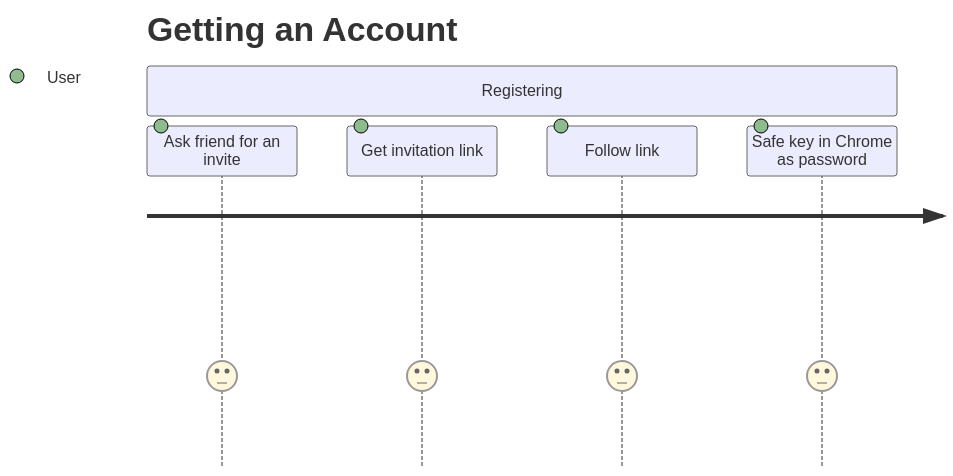
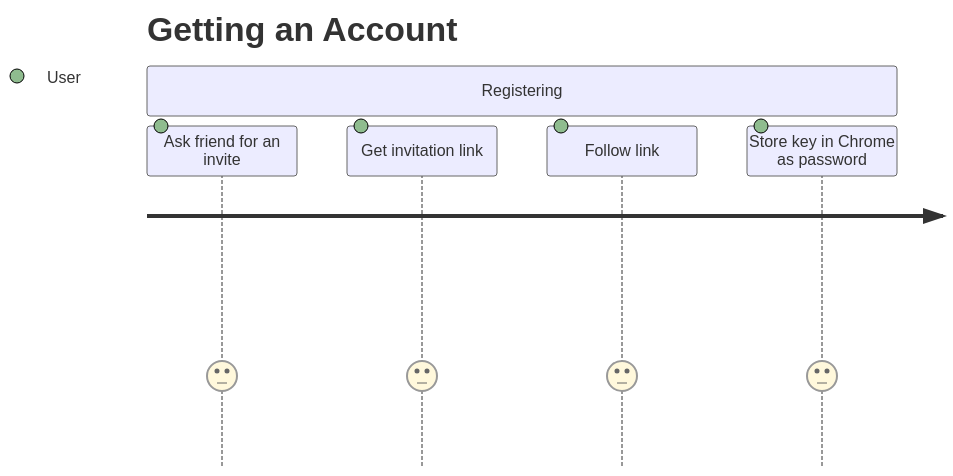
One commit to TetraPlex-org/central changed the first of 5 diagrams in Documentation/technical/authentication.md. Above: the diagram before and after it, drawn with Mermaid.

````diff
--- a/Documentation/technical/authentication.md
+++ b/Documentation/technical/authentication.md
@@ -11,9 +11,9 @@
 ```mermaid
   journey
     title Getting an Account
     section Registering
       Ask friend for an invite: 3: User
       Get invitation link: 3: User
       Follow link: 3: User
-      Safe key in Chrome as password: 3: User
+      Store key in Chrome as password: 3: User
 ```
````
